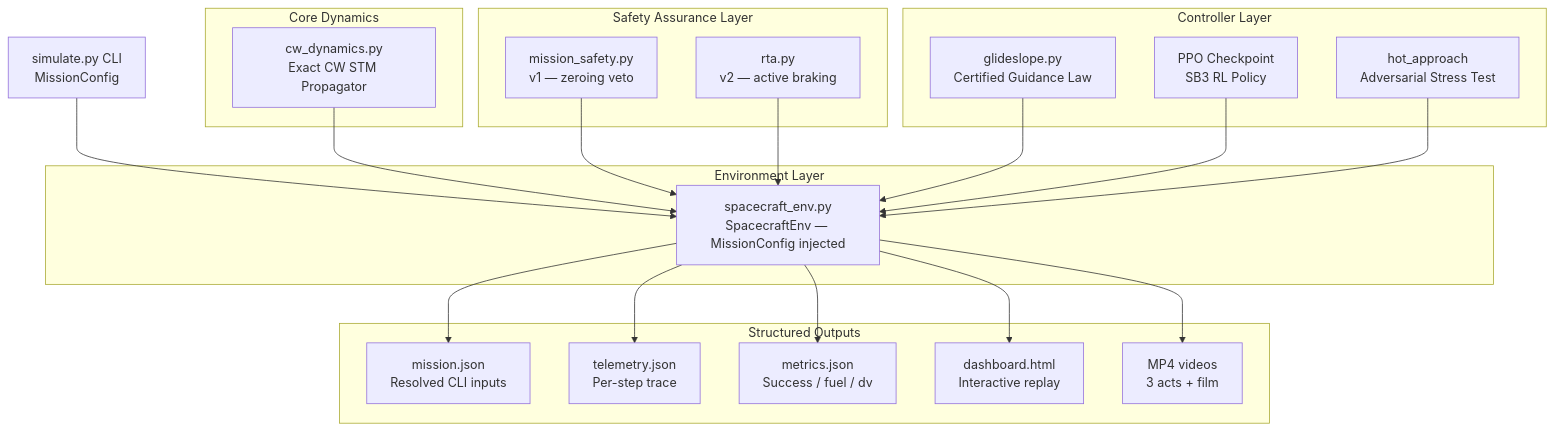
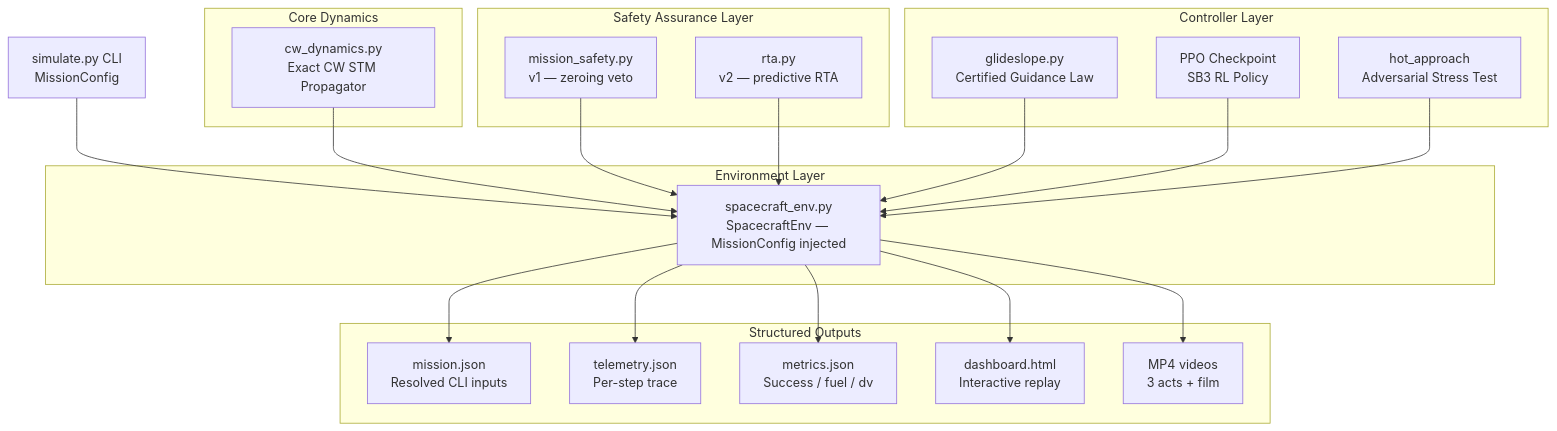
Before and after one commit to jwrhw7tueydwtt7575g/SpaceTry: the first of 2 diagrams in README.md, drawn with Mermaid. The commit also changed other lines of this file and 7 other files, not shown here.

````diff
--- a/README.md
+++ b/README.md
@@ -97,44 +100,44 @@
 ```mermaid
 flowchart TD
     CLI["simulate.py CLI\nMissionConfig"]
 
     subgraph S_CORE ["Core Dynamics"]
         A["cw_dynamics.py\nExact CW STM Propagator"]
     end
 
     subgraph S_ENV ["Environment Layer"]
         B["spacecraft_env.py\nSpacecraftEnv — MissionConfig injected"]
     end
 
     subgraph S_SAFETY ["Safety Assurance Layer"]
         C1["mission_safety.py\nv1 — zeroing veto"]
-        C2["rta.py\nv2 — active braking"]
+        C2["rta.py\nv2 — predictive RTA"]
     end
 
     subgraph S_CTRL ["Controller Layer"]
         D1["glideslope.py\nCertified Guidance Law"]
         D2["PPO Checkpoint\nSB3 RL Policy"]
         D3["hot_approach\nAdversarial Stress Test"]
     end
 
     subgraph S_OUT ["Structured Outputs"]
         E1["mission.json\nResolved CLI inputs"]
         E2["telemetry.json\nPer-step trace"]
         E3["metrics.json\nSuccess / fuel / dv"]
         E4["dashboard.html\nInteractive replay"]
         E5["MP4 videos\n3 acts + film"]
     end
 
     CLI --> B
     A --> B
     C1 --> B
     C2 --> B
     D1 --> B
     D2 --> B
     D3 --> B
     B --> E1
     B --> E2
     B --> E3
     B --> E4
     B --> E5
 ```
````
